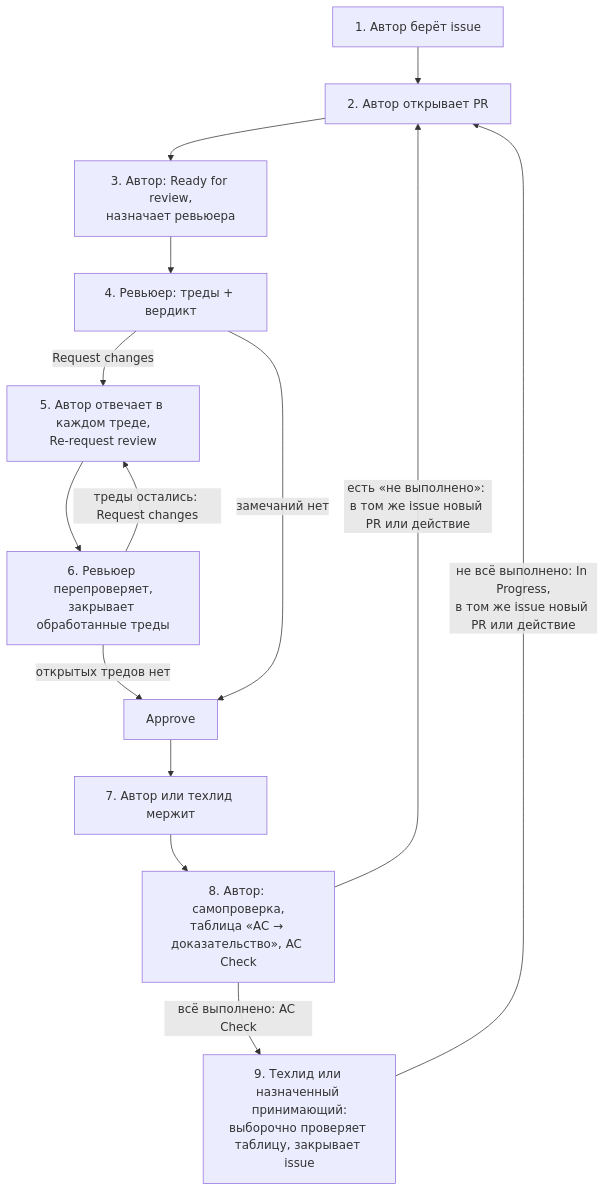
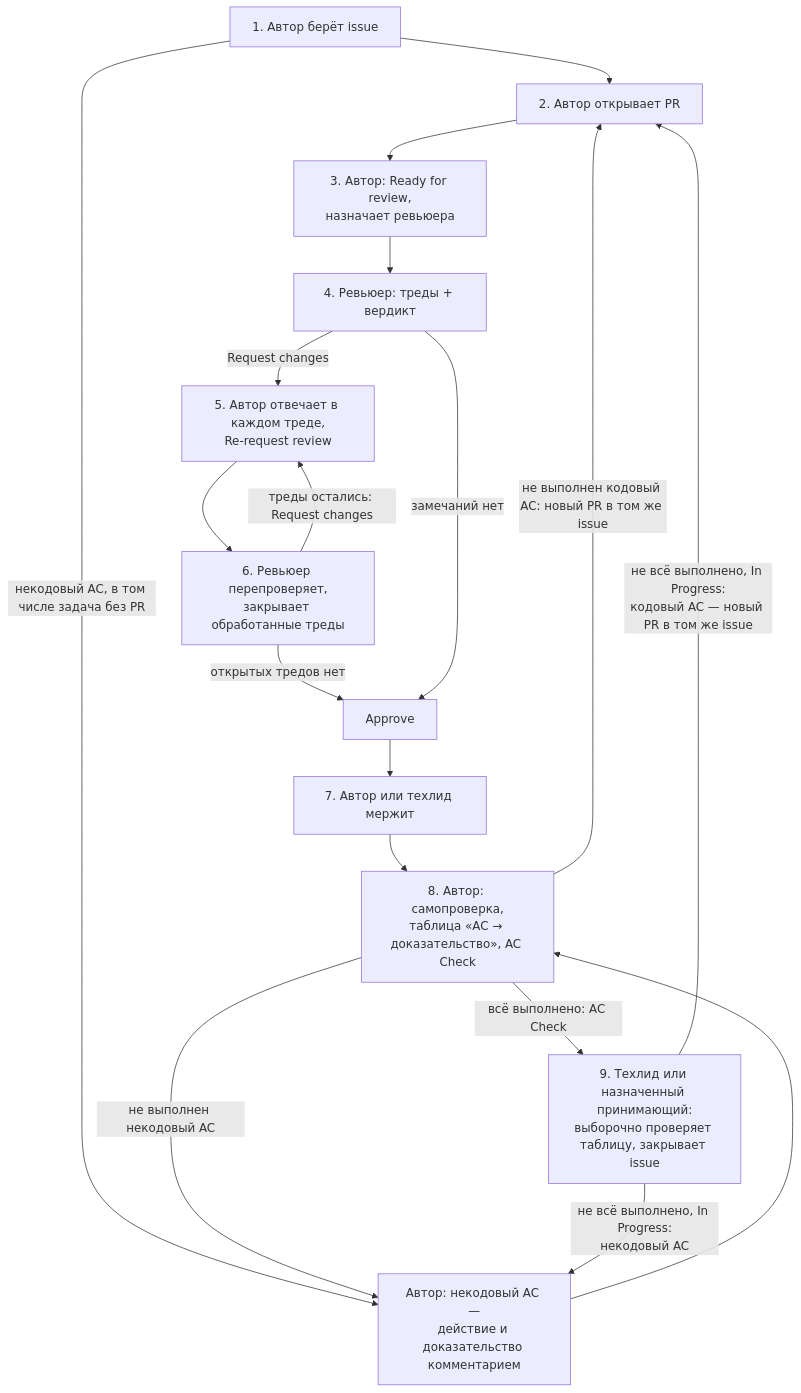
Before and after one commit to larchanka-training/dmc-268-api-t6: the diagram in docs/CONTRIBUTING.md, drawn with Mermaid.

Commit message:
docs(contributing): show the non-code action path in the §2 flow (#272)
The flowchart sent every unmet AC back to opening a PR and had no way from
a non-code action to the self-check. A non-code AC (including a task without
a PR) now goes through an action node into step 8; only a code AC goes back
to a new PR. Review of PR #402.

Refs #272

Claude-Session: https://claude.ai/code/session_01ThpDGMfRBVLxSEkqkAtXTk

````diff
--- a/docs/CONTRIBUTING.md
+++ b/docs/CONTRIBUTING.md
@@ -26,16 +26,20 @@
 ```mermaid
 flowchart TD
   take["1. Автор берёт issue"] --> pr["2. Автор открывает PR"]
+  take -->|некодовый AC, в том числе задача без PR| action["Автор: некодовый AC —<br/>действие и доказательство комментарием"]
   pr --> ready["3. Автор: Ready for review,<br/>назначает ревьюера"]
   ready --> review["4. Ревьюер: треды + вердикт"]
   review -->|Request changes| answer["5. Автор отвечает в каждом треде,<br/>Re-request review"]
   answer --> recheck["6. Ревьюер перепроверяет,<br/>закрывает обработанные треды"]
   recheck -->|треды остались: Request changes| answer
   recheck -->|открытых тредов нет| approve["Approve"]
   review -->|замечаний нет| approve
   approve --> merge["7. Автор или техлид мержит"]
   merge --> selfcheck["8. Автор: самопроверка,<br/>таблица «AC → доказательство», AC Check"]
-  selfcheck -->|есть «не выполнено»: в том же issue новый PR или действие| pr
+  action --> selfcheck
+  selfcheck -->|не выполнен кодовый AC: новый PR в том же issue| pr
+  selfcheck -->|не выполнен некодовый AC| action
   selfcheck -->|всё выполнено: AC Check| accept["9. Техлид или назначенный принимающий:<br/>выборочно проверяет таблицу, закрывает issue"]
-  accept -->|не всё выполнено: In Progress,<br/>в том же issue новый PR или действие| pr
+  accept -->|не всё выполнено, In Progress:<br/>кодовый AC — новый PR в том же issue| pr
+  accept -->|не всё выполнено, In Progress:<br/>некодовый AC| action
 ```
````
